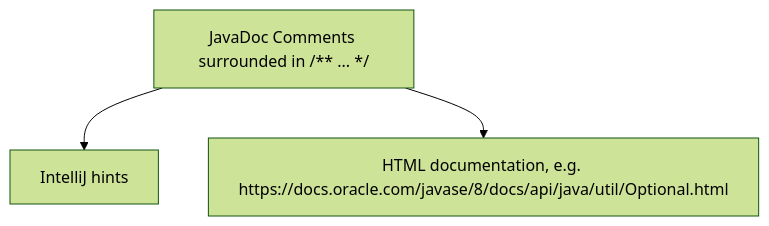
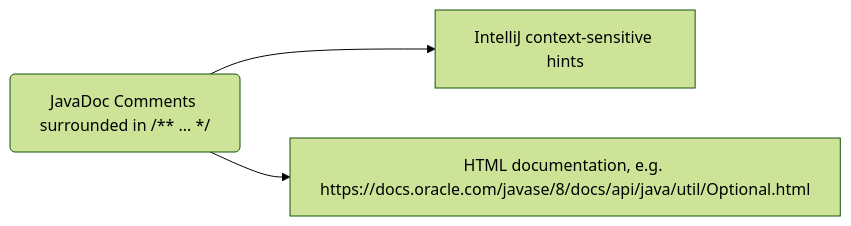
Before and after one commit to Billy-Spearman-WCCI/RaceCarExtension: the first of 3 diagrams in README.md, drawn with Mermaid (forest theme). The commit also changed other lines of this file, not shown here.

````diff
--- a/README.md
+++ b/README.md
@@ -44,5 +44,5 @@
   ```mermaid
-  graph TB
-  JavaDoc["JavaDoc Comments surrounded in /** ... */"] --> IntelliJ[IntelliJ hints]
+  graph LR
+  JavaDoc("JavaDoc Comments surrounded in /** ... */") --> IntelliJ[IntelliJ context-sensitive hints]
   JavaDoc --> HTML[HTML documentation, e.g. https://docs.oracle.com/javase/8/docs/api/java/util/Optional.html]
   ```
````
